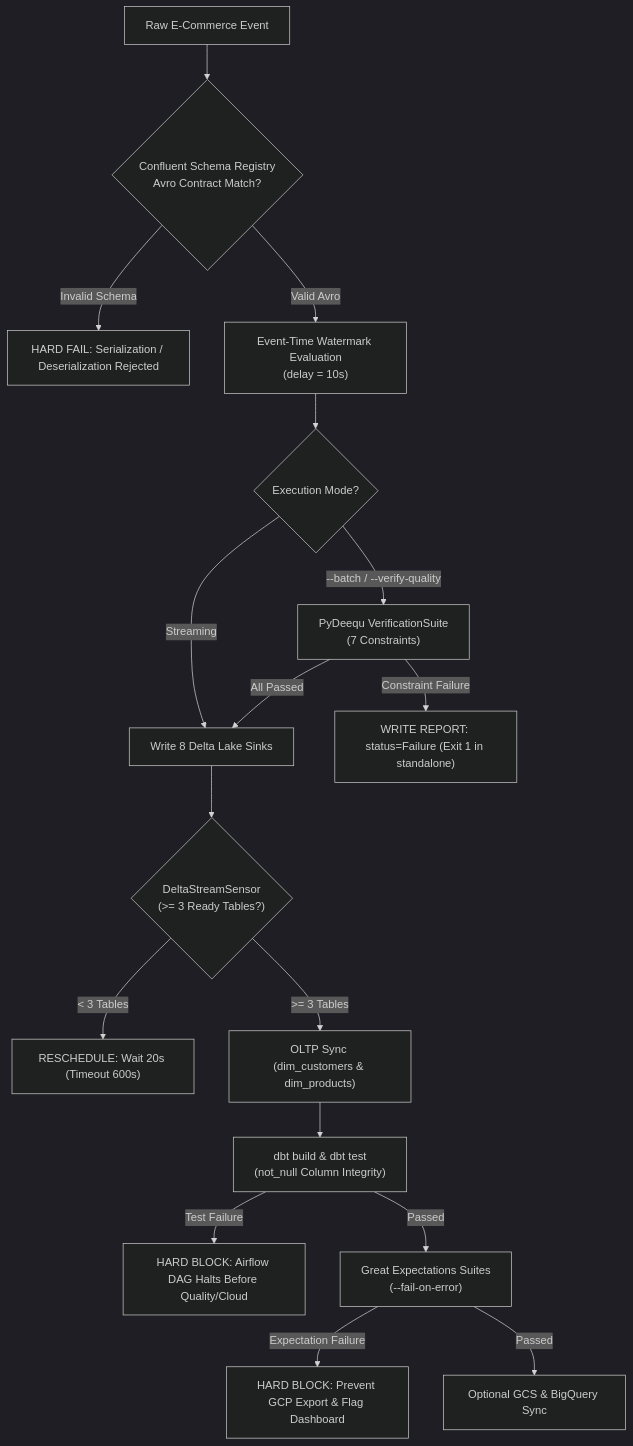
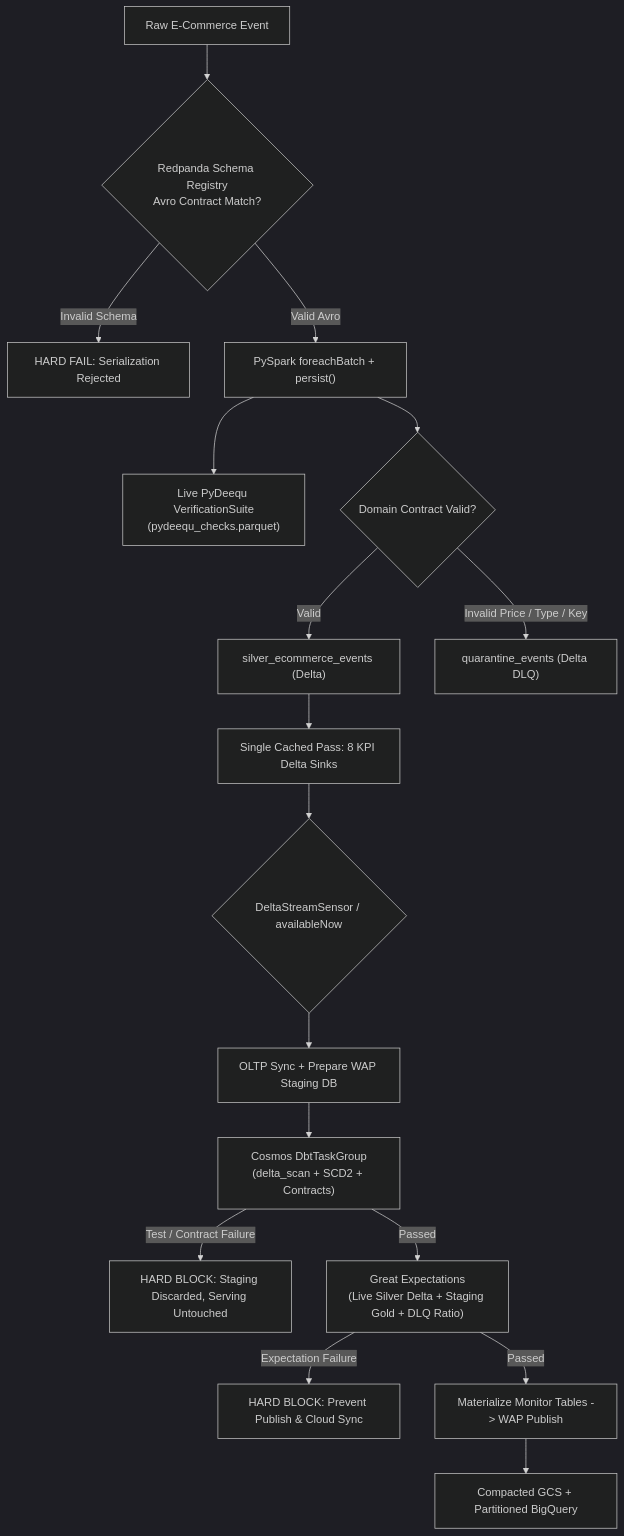
The diagram in docs/wiki/Data-Contracts-and-Governance.md (JayKay24/data-engineering), drawn with Mermaid (dark theme) before and after one commit. The commit also changed other lines of this file and 77 other files, not shown here.

Commit message:
feat(ecommerce): modernize pipeline to Medallion Lakehouse with Redpanda, WAP DuckDB, SCD2, Cosmos & CI

````diff
--- a/docs/wiki/Data-Contracts-and-Governance.md
+++ b/docs/wiki/Data-Contracts-and-Governance.md
@@ -17,24 +16,21 @@
 ```mermaid
 flowchart TD
-  Event["Raw E-Commerce Event"] --> AvroCheck{"Confluent Schema Registry<br/>Avro Contract Match?"}
-  AvroCheck -- Invalid Schema --> Block1["HARD FAIL: Serialization / Deserialization Rejected"]
-  AvroCheck -- Valid Avro --> Watermark["Event-Time Watermark Evaluation<br/>(delay = 10s)"]
+  Event["Raw E-Commerce Event"] --> AvroCheck{"Redpanda Schema Registry<br/>Avro Contract Match?"}
+  AvroCheck -- Invalid Schema --> Block1["HARD FAIL: Serialization Rejected"]
+  AvroCheck -- Valid Avro --> Foreach["PySpark foreachBatch + persist()"]
 
-  Watermark --> ModeCheck{"Execution Mode?"}
-  ModeCheck -- "--batch / --verify-quality" --> Deequ["PyDeequ VerificationSuite<br/>(7 Constraints)"]
-  ModeCheck -- "Streaming" --> DeltaSink["Write 8 Delta Lake Sinks"]
+  Foreach --> Deequ["Live PyDeequ VerificationSuite<br/>(pydeequ_checks.parquet)"]
+  Foreach --> Split{"Domain Contract Valid?"}
+  Split -- "Valid" --> Silver["silver_ecommerce_events (Delta)"]
+  Split -- "Invalid Price / Type / Key" --> DLQ["quarantine_events (Delta DLQ)"]
+  Silver --> KPIs["Single Cached Pass: 8 KPI Delta Sinks"]
 
-  Deequ -- "Constraint Failure" --> Block2["WRITE REPORT: status=Failure (Exit 1 in standalone)"]
-  Deequ -- "All Passed" --> DeltaSink
-
-  DeltaSink --> Sensor{"DeltaStreamSensor<br/>(>= 3 Ready Tables?)"}
-  Sensor -- "< 3 Tables" --> Reschedule["RESCHEDULE: Wait 20s (Timeout 600s)"]
-  Sensor -- ">= 3 Tables" --> OltpSync["OLTP Sync (dim_customers & dim_products)"]
-
-  OltpSync --> DbtTest["dbt build & dbt test<br/>(not_null Column Integrity)"]
-  DbtTest -- "Test Failure" --> Block3["HARD BLOCK: Airflow DAG Halts Before Quality/Cloud"]
-  DbtTest -- "Passed" --> GX["Great Expectations Suites<br/>(--fail-on-error)"]
-
-  GX -- "Expectation Failure" --> Block4["HARD BLOCK: Prevent GCP Export & Flag Dashboard"]
-  GX -- "Passed" --> CloudSync["Optional GCS & BigQuery Sync"]
+  KPIs --> Sensor{"DeltaStreamSensor / availableNow"}
+  Sensor --> OltpSync["OLTP Sync + Prepare WAP Staging DB"]
+  OltpSync --> Cosmos["Cosmos DbtTaskGroup<br/>(delta_scan + SCD2 + Contracts)"]
+  Cosmos -- "Test / Contract Failure" --> Block3["HARD BLOCK: Staging Discarded, Serving Untouched"]
+  Cosmos -- "Passed" --> GX["Great Expectations<br/>(Live Silver Delta + Staging Gold + DLQ Ratio)"]
+  GX -- "Expectation Failure" --> Block4["HARD BLOCK: Prevent Publish & Cloud Sync"]
+  GX -- "Passed" --> Mon["Materialize Monitor Tables -> WAP Publish"]
+  Mon --> CloudSync["Compacted GCS + Partitioned BigQuery"]
 ```
````
